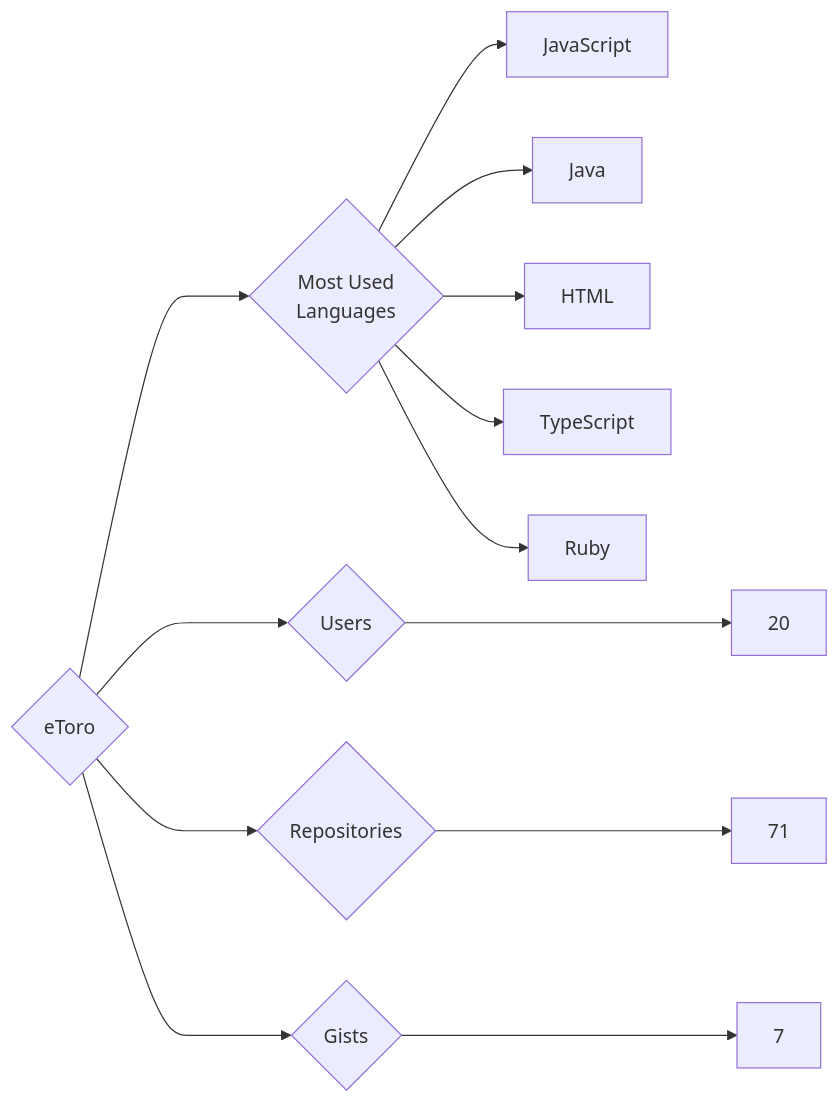
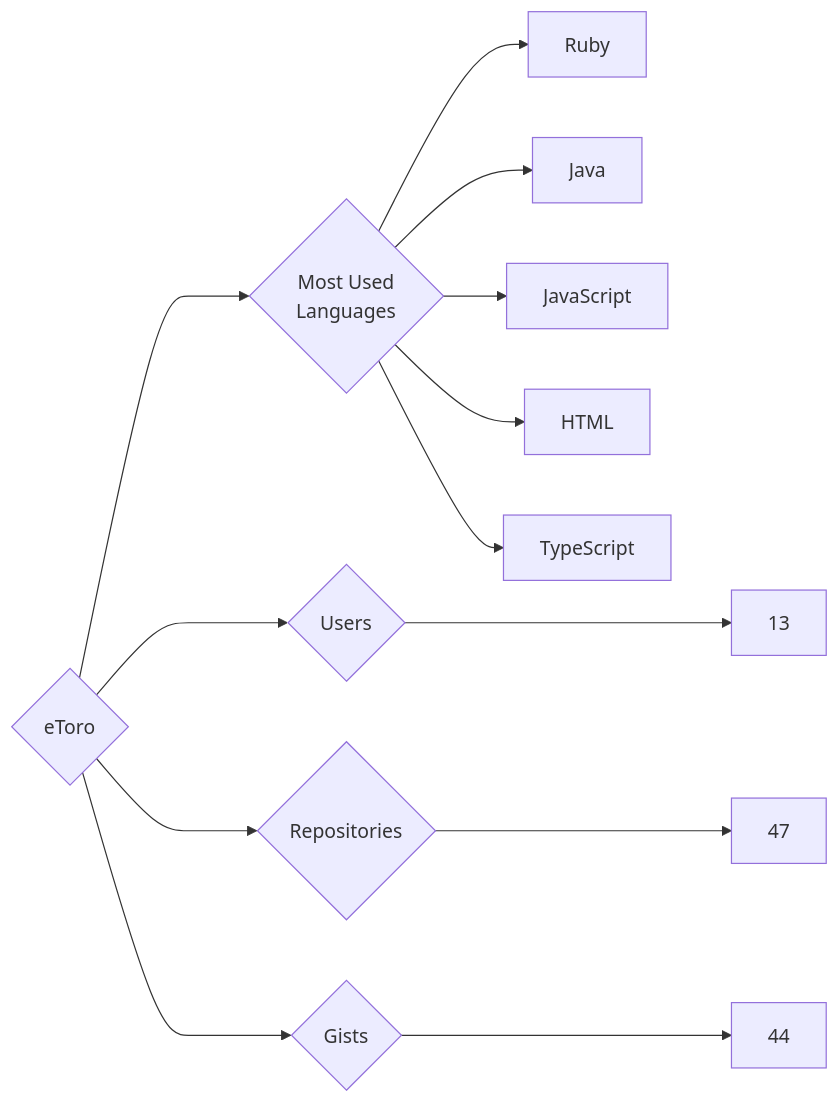
The diagram in targets/eToro/README.md (trickest/insiders), drawn with Mermaid before and after one commit. The commit also changed 765 other files, not shown here.

````diff
--- a/targets/eToro/README.md
+++ b/targets/eToro/README.md
@@ -3,13 +3,13 @@
 ```mermaid
 graph LR
 COMPANY_NAME{eToro}
-COMPANY_NAME ---> U{Users} ---> UN[20]
-COMPANY_NAME ---> R{Repositories} ---> RN[71]
-COMPANY_NAME ---> G{Gists} ---> GN[7]
+COMPANY_NAME ---> U{Users} ---> UN[13]
+COMPANY_NAME ---> R{Repositories} ---> RN[47]
+COMPANY_NAME ---> G{Gists} ---> GN[44]
 COMPANY_NAME ---> ML{Most Used<br>Languages}
+ML --> Ruby[Ruby]
+ML --> Java[Java]
 ML --> JavaScript[JavaScript]
-ML --> Java[Java]
 ML --> HTML[HTML]
 ML --> TypeScript[TypeScript]
-ML --> Ruby[Ruby]
 ```
````
